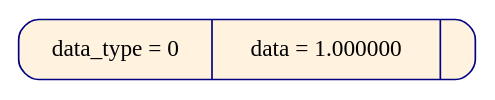
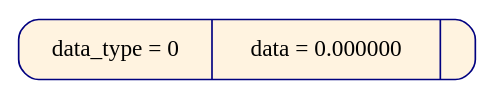
One commit to pupach/diff_tree changed the diagram in diff_tree/gr_dump/right.dot. Above: the diagram before and after it, drawn with Graphviz. The commit also changed 50 other files, not shown here.

```diff
--- a/diff_tree/gr_dump/right.dot
+++ b/diff_tree/gr_dump/right.dot
@@ -1,5 +1,5 @@
 digraph
 {
 node [shape = Mrecord, color  = "navy", style = "filled"];
-node0x6040000000d0[label = " data_type = 0 | data = 1.000000 | ", fillcolor = "#fff3e0", rank = 0];
+node0x616000000080[label = " data_type = 0 | data = 0.000000 | ", fillcolor = "#fff3e0", rank = 0];
 }
```
